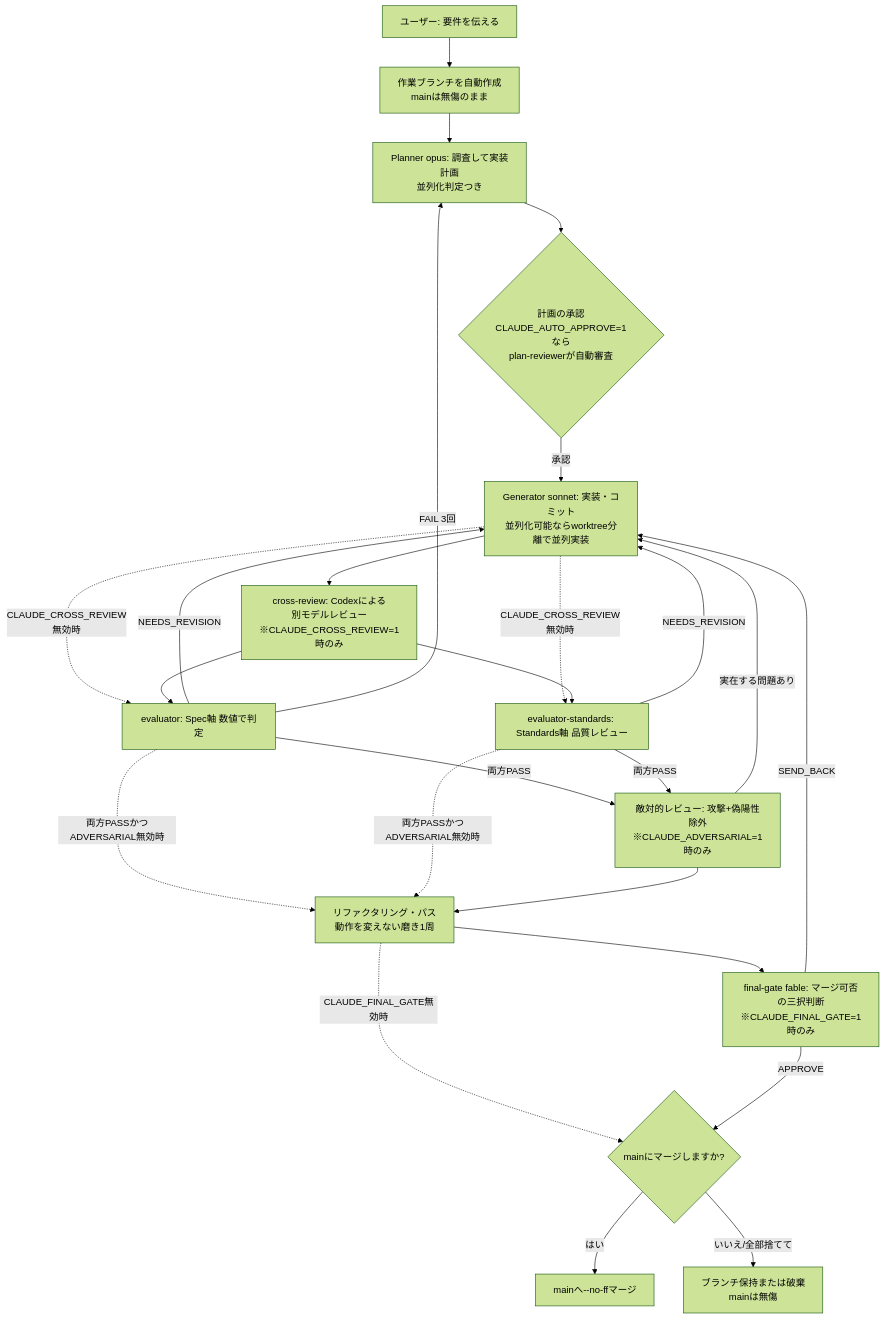
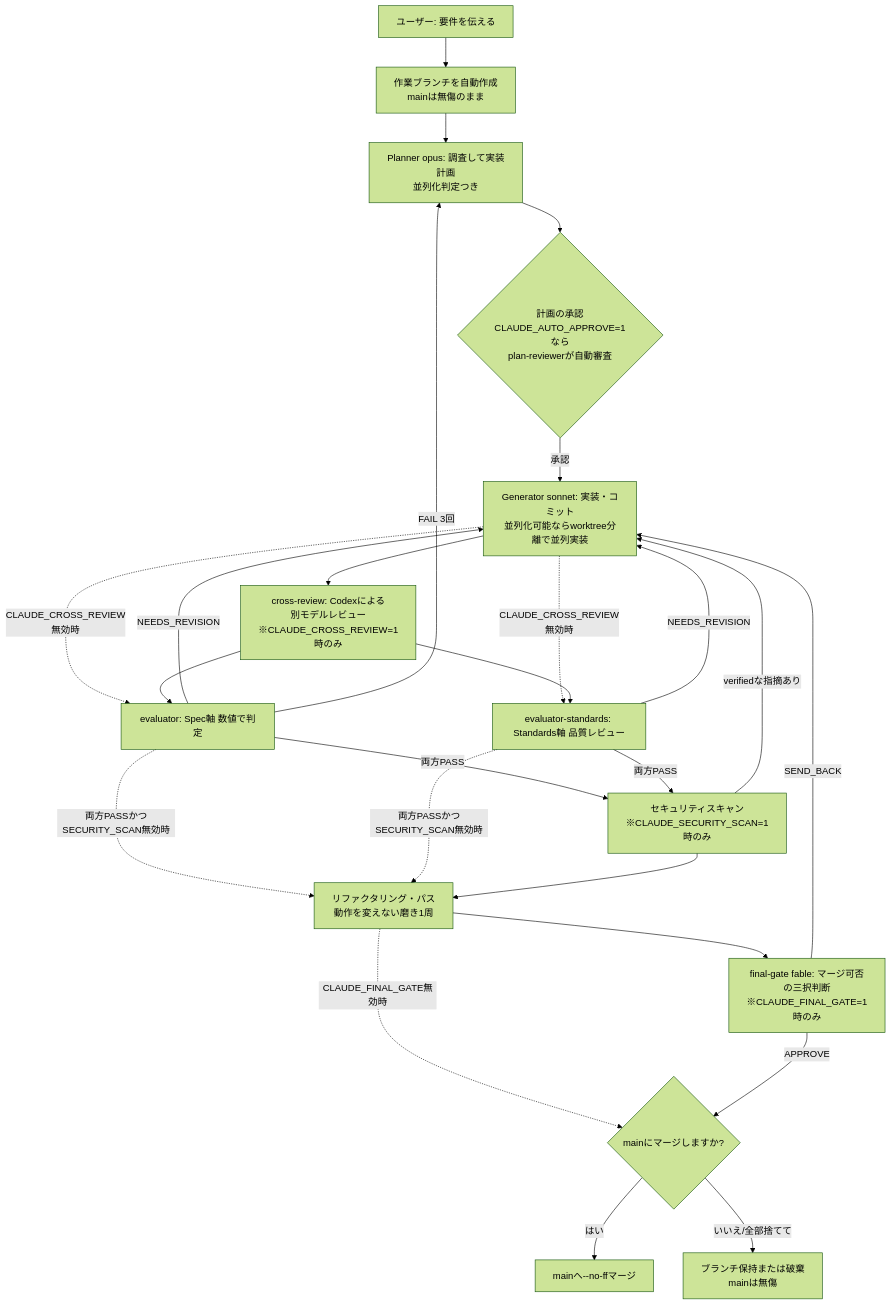
One commit to takayoshitoyoda05/claude-ml-template changed the first of 2 diagrams in README.md. Above: the diagram before and after it, drawn with Mermaid (forest theme). The commit also changed other lines of this file, not shown here.

````diff
--- a/README.md
+++ b/README.md
@@ -7,24 +7,24 @@
 ```mermaid
 flowchart TD
     A[ユーザー: 要件を伝える] --> BR[作業ブランチを自動作成<br>mainは無傷のまま]
     BR --> B[Planner opus: 調査して実装計画<br>並列化判定つき]
     B --> C{計画の承認<br>CLAUDE_AUTO_APPROVE=1なら<br>plan-reviewerが自動審査}
     C -->|承認| D[Generator sonnet: 実装・コミット<br>並列化可能ならworktree分離で並列実装]
     D --> X[cross-review: Codexによる<br>別モデルレビュー<br>※CLAUDE_CROSS_REVIEW=1時のみ]
     D -.->|CLAUDE_CROSS_REVIEW無効時| E
     D -.->|CLAUDE_CROSS_REVIEW無効時| F
     X --> E[evaluator: Spec軸 数値で判定]
     X --> F[evaluator-standards: Standards軸 品質レビュー]
-    E & F -->|両方PASS| AD[敵対的レビュー: 攻撃+偽陽性除外<br>※CLAUDE_ADVERSARIAL=1時のみ]
+    E & F -->|両方PASS| AD[セキュリティスキャン<br>※CLAUDE_SECURITY_SCAN=1時のみ]
     E & F -->|NEEDS_REVISION| D
     E -->|FAIL 3回| B
-    E & F -.->|両方PASSかつADVERSARIAL無効時| P
+    E & F -.->|両方PASSかつSECURITY_SCAN無効時| P
     AD --> P[リファクタリング・パス<br>動作を変えない磨き1周]
-    AD -->|実在する問題あり| D
+    AD -->|verifiedな指摘あり| D
     P --> FG[final-gate fable: マージ可否の三択判断<br>※CLAUDE_FINAL_GATE=1時のみ]
     P -.->|CLAUDE_FINAL_GATE無効時| M
     FG -->|APPROVE| M{mainにマージしますか?}
     FG -->|SEND_BACK| D
     M -->|はい| G[mainへ--no-ffマージ]
     M -->|いいえ/全部捨てて| K[ブランチ保持または破棄<br>mainは無傷]
 ```
````
